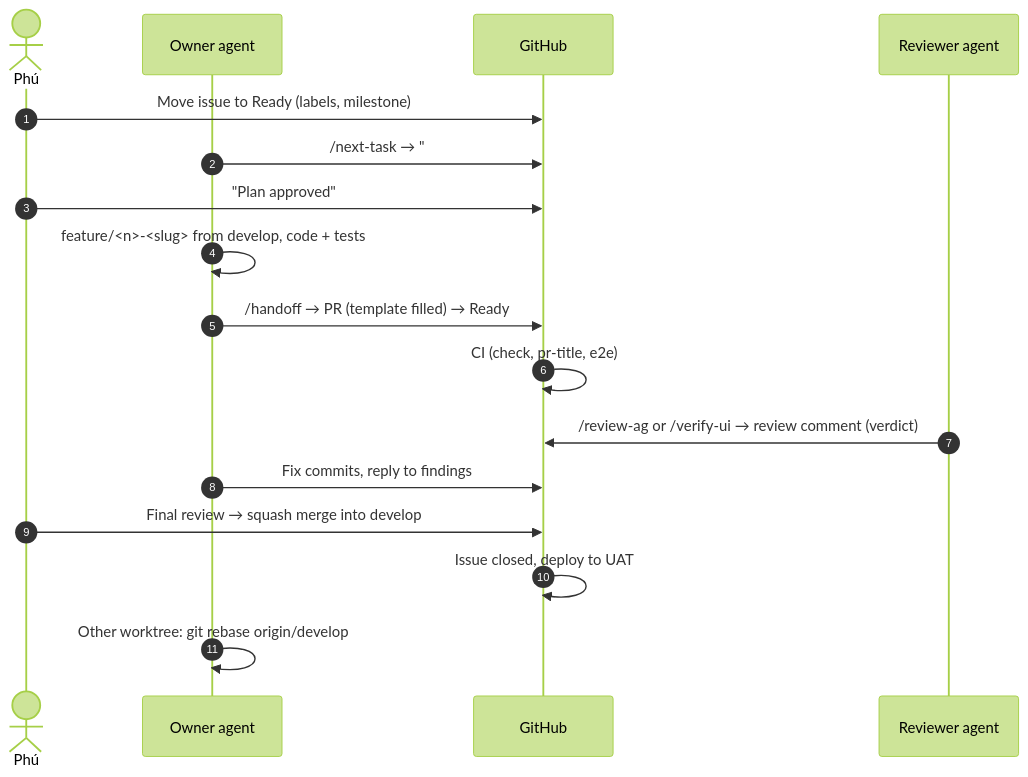
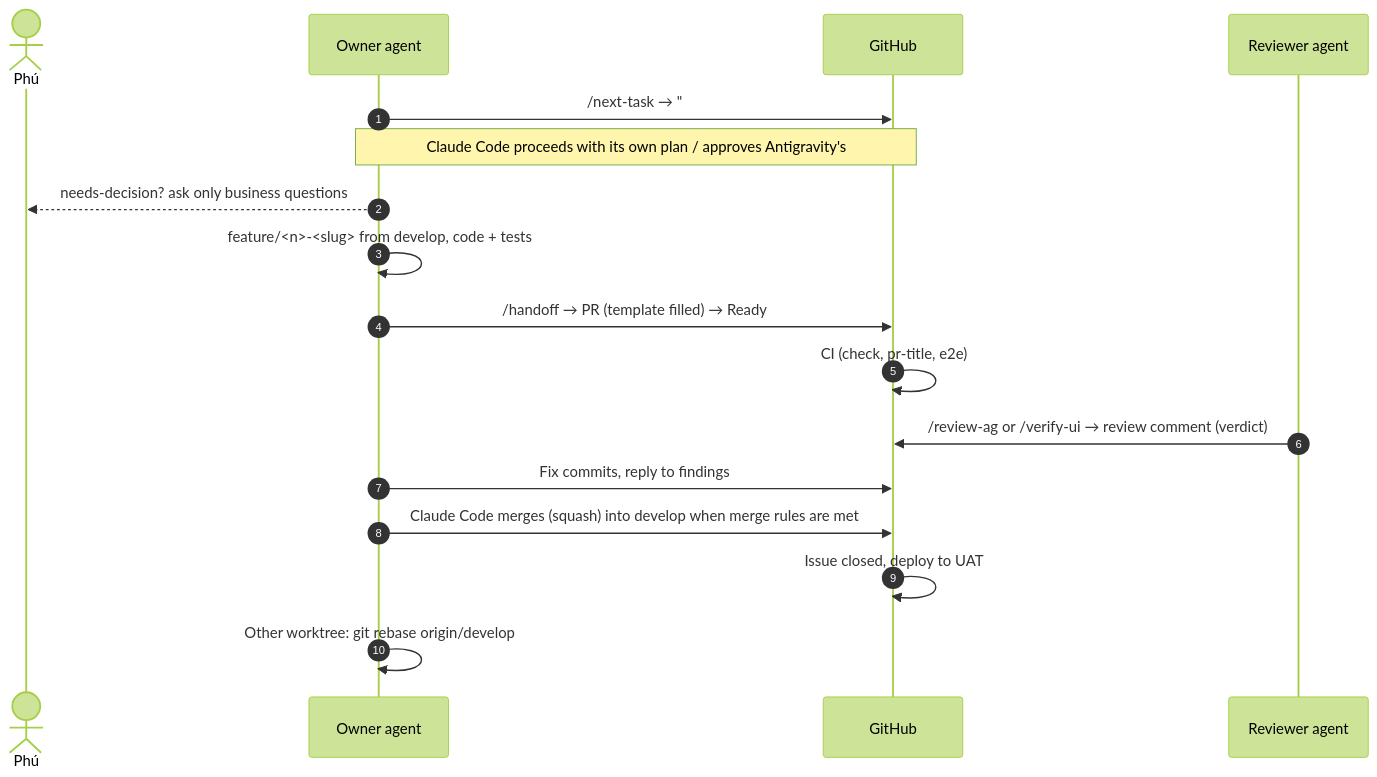
Before and after one commit to vinhphu2209/expense-app: the diagram in docs/ai-workflow.md, drawn with Mermaid (forest theme). The commit also changed other lines of this file and 25 other files, not shown here.

First line of the commit message:
docs(adr): make Claude Code the tech lead (#58)

````diff
--- a/docs/ai-workflow.md
+++ b/docs/ai-workflow.md
@@ -73,19 +73,19 @@
 ```mermaid
 sequenceDiagram
   autonumber
   actor P as Phú
   participant O as Owner agent
   participant GH as GitHub
   participant R as Reviewer agent
-  P->>GH: Move issue to Ready (labels, milestone)
   O->>GH: /next-task → "## Plan" comment on issue
-  P->>GH: "Plan approved"
+  Note over O,GH: Claude Code proceeds with its own plan / approves Antigravity's
+  O-->>P: needs-decision? ask only business questions
   O->>O: feature/<n>-<slug> from develop, code + tests
   O->>GH: /handoff → PR (template filled) → Ready
   GH->>GH: CI (check, pr-title, e2e)
   R->>GH: /review-ag or /verify-ui → review comment (verdict)
   O->>GH: Fix commits, reply to findings
-  P->>GH: Final review → squash merge into develop
+  O->>GH: Claude Code merges (squash) into develop when merge rules are met
   GH->>GH: Issue closed, deploy to UAT
   O->>O: Other worktree: git rebase origin/develop
 ```
````
